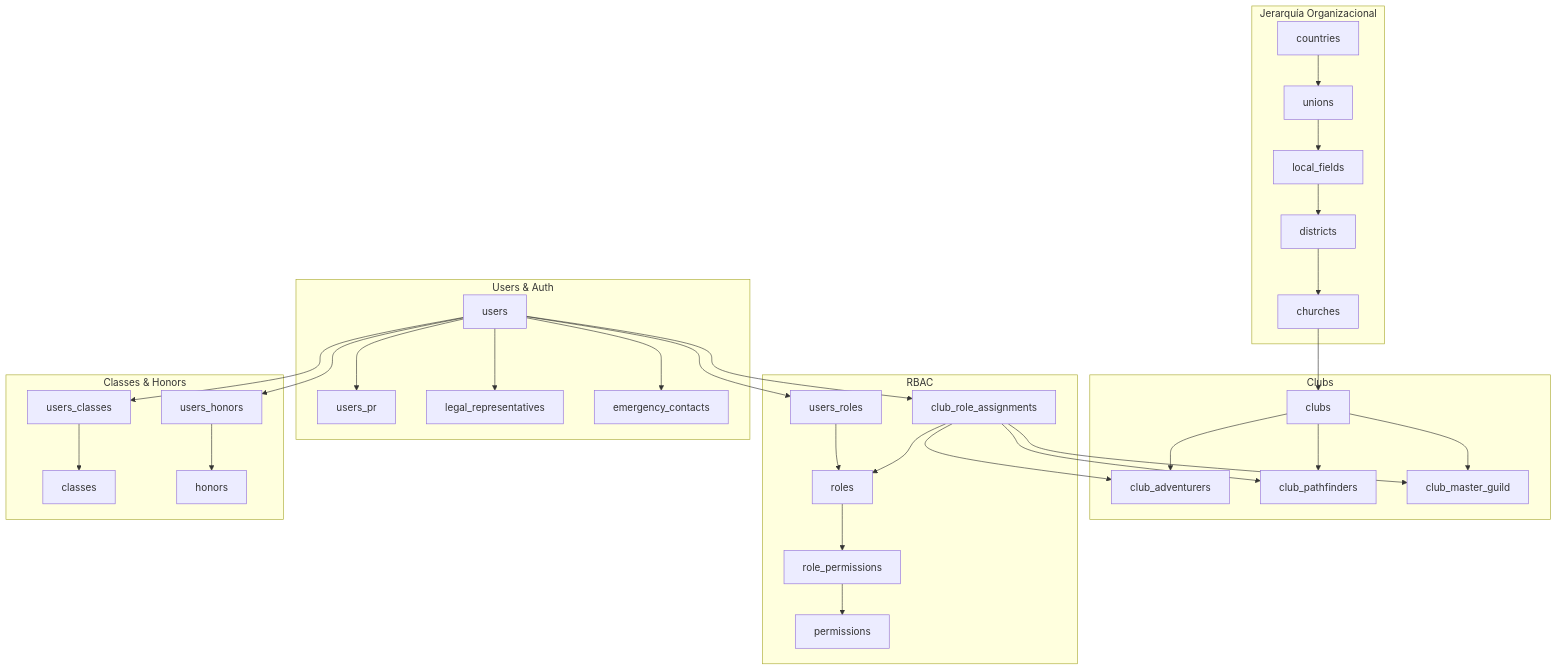
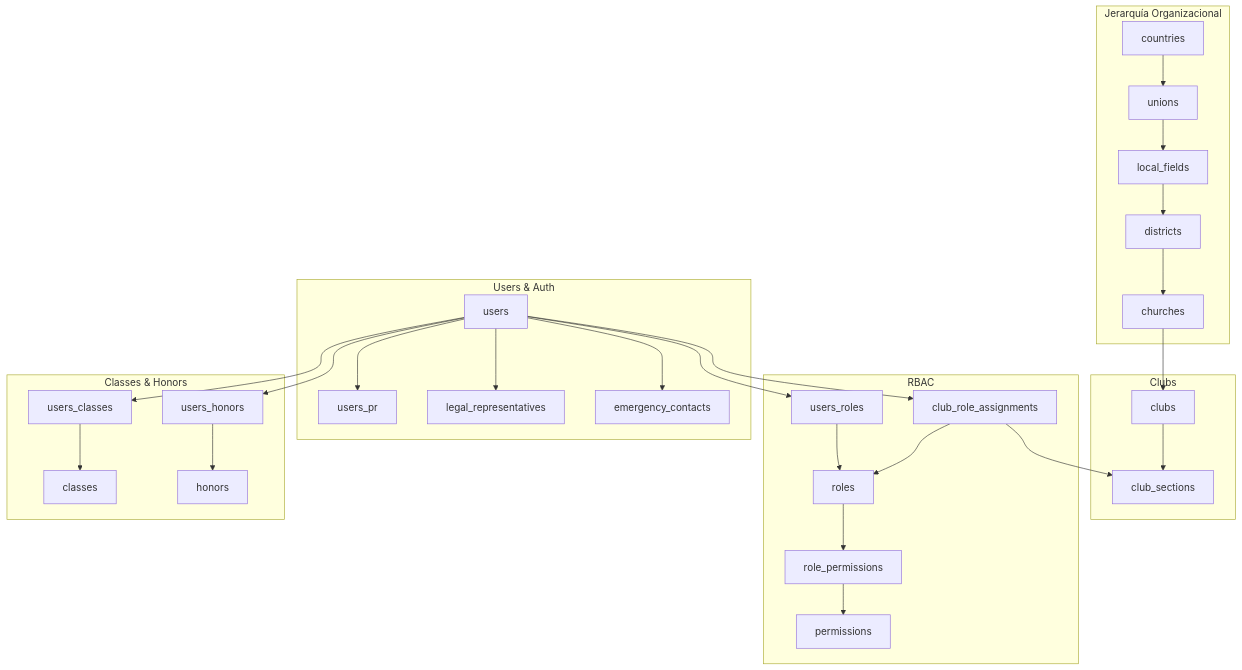
The diagram in docs/database/SCHEMA-REFERENCE.md (abn-r/sacdia), drawn with Mermaid before and after one commit. The commit also changed other lines of this file and 12 other files, not shown here.

First line of the commit message:
docs: update all references for club-sections consolidation

````diff
--- a/docs/database/SCHEMA-REFERENCE.md
+++ b/docs/database/SCHEMA-REFERENCE.md
@@ -13,69 +13,63 @@
 ```mermaid
 graph TB
     subgraph "Jerarquía Organizacional"
         COUNTRIES[countries]
         UNIONS[unions]
         LF[local_fields]
         DISTRICTS[districts]
         CHURCHES[churches]
         
         COUNTRIES --> UNIONS
         UNIONS --> LF
         LF --> DISTRICTS
         DISTRICTS --> CHURCHES
     end
     
     subgraph "Clubs"
         CLUBS[clubs]
-        ADV[club_adventurers]
-        PATH[club_pathfinders]
-        MG[club_master_guild]
-        
+        SECTIONS[club_sections]
+
         CHURCHES --> CLUBS
-        CLUBS --> ADV
-        CLUBS --> PATH
-        CLUBS --> MG
+        CLUBS --> SECTIONS
     end
     
     subgraph "Users & Auth"
         USERS[users]
         USERS_PR[users_pr]
         LEGAL_REP[legal_representatives]
         EMERG[emergency_contacts]
         
         USERS --> USERS_PR
         USERS --> LEGAL_REP
         USERS --> EMERG
     end
     
     subgraph "RBAC"
         ROLES[roles]
         PERMS[permissions]
         USERS_ROLES[users_roles]
         ROLE_PERMS[role_permissions]
         CLUB_ROLES[club_role_assignments]
         
         USERS --> USERS_ROLES
         USERS_ROLES --> ROLES
         ROLES --> ROLE_PERMS
         ROLE_PERMS --> PERMS
         
         USERS --> CLUB_ROLES
         CLUB_ROLES --> ROLES
-        CLUB_ROLES --> ADV
-        CLUB_ROLES --> PATH
-        CLUB_ROLES --> MG
+        CLUB_ROLES --> SECTIONS
     end
     
     subgraph "Classes & Honors"
         CLASSES[classes]
         HONORS[honors]
         USERS_CLASSES[users_classes]
         USERS_HONORS[users_honors]
         
         USERS --> USERS_CLASSES
         USERS_CLASSES --> CLASSES
         USERS --> USERS_HONORS
         USERS_HONORS --> HONORS
     end
 ```
````
